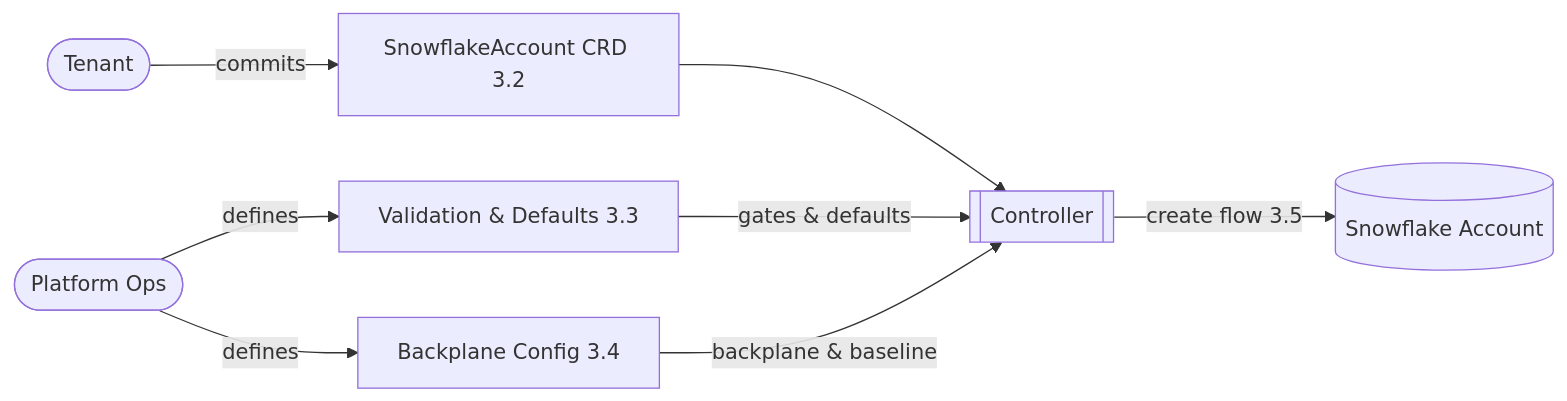
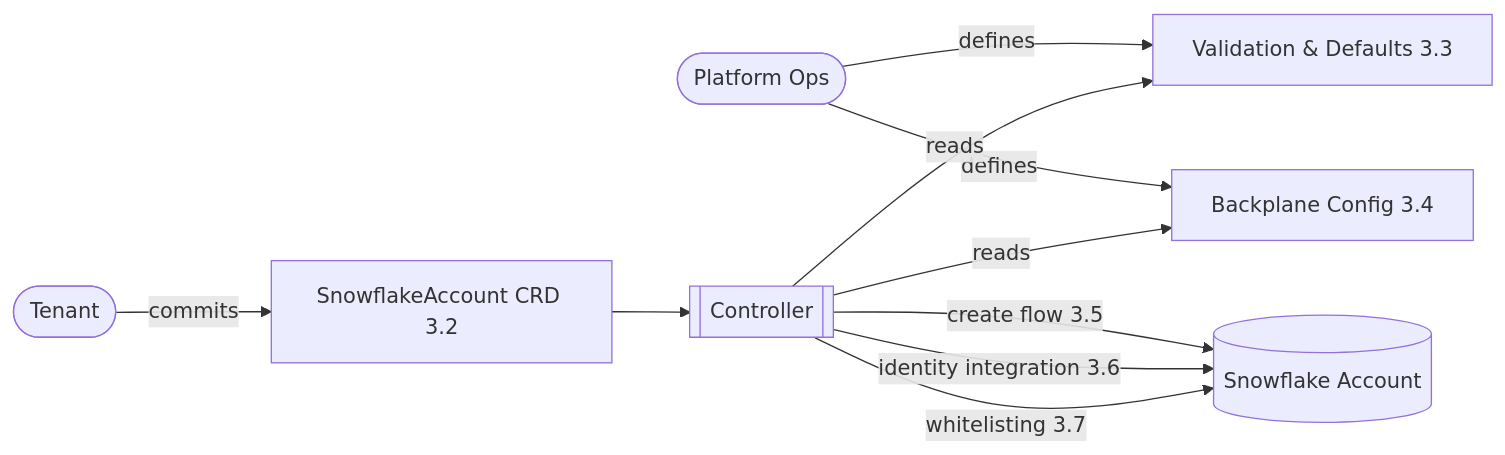
Before and after one commit to allianz/yukimi: the diagram in specs/design.md, drawn with Mermaid.

Commit message:
added mermaid

````diff
--- a/specs/design.md
+++ b/specs/design.md
@@ -112,12 +112,14 @@
 ```mermaid
 flowchart LR
     Tenant([Tenant]) -->|commits| CRD[SnowflakeAccount CRD 3.2]
     Ops([Platform Ops]) -->|defines| ValidationRules[Validation & Defaults 3.3]
     Ops -->|defines| BackplaneConfig[Backplane Config 3.4]
 
     CRD --> Controller[[Controller]]
-    ValidationRules -->|gates & defaults| Controller
-    BackplaneConfig -->|backplane & baseline| Controller
+    Controller -->|reads| ValidationRules
+    Controller -->|reads| BackplaneConfig
 
     Controller -->|create flow 3.5| Snowflake[(Snowflake Account)]
+    Controller -->|identity integration 3.6| Snowflake
+    Controller -->|whitelisting 3.7| Snowflake
 ```
````
